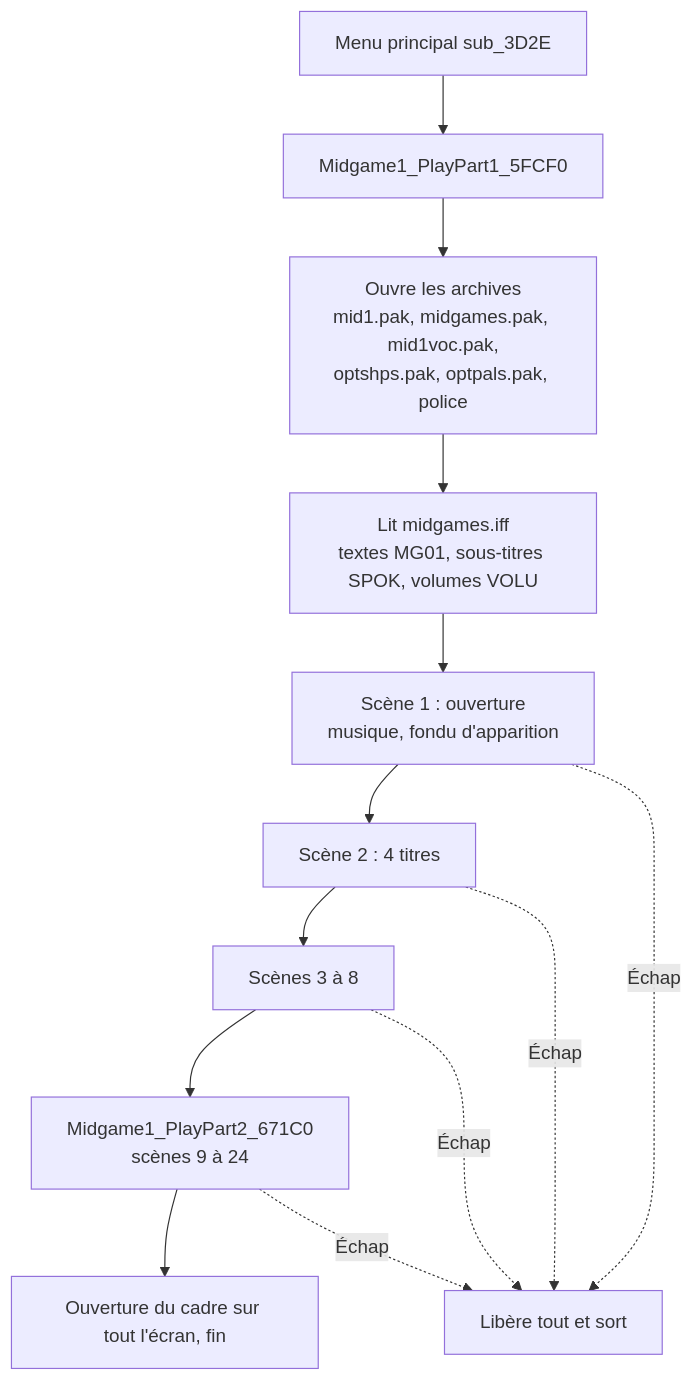
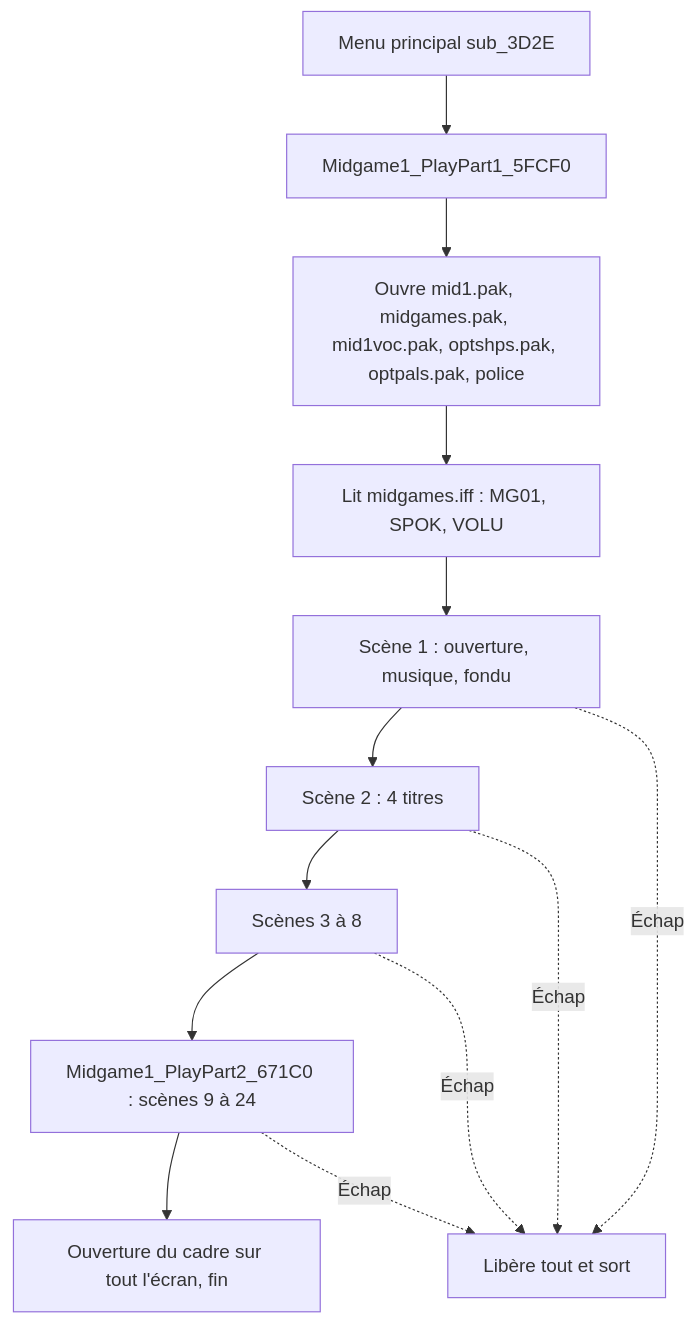
Before and after one commit to remileonard/strike_commander_re: the first of 3 diagrams in analysis/MIDGAME_SYSTEM.md, drawn with Mermaid. The commit also changed other lines of this file, not shown here.

````diff
--- a/analysis/MIDGAME_SYSTEM.md
+++ b/analysis/MIDGAME_SYSTEM.md
@@ -45,15 +45,15 @@
 ```mermaid
 flowchart TD
     A[Menu principal sub_3D2E] --> B[Midgame1_PlayPart1_5FCF0]
-    B --> C[Ouvre les archives<br/>mid1.pak, midgames.pak, mid1voc.pak,<br/>optshps.pak, optpals.pak, police]
-    C --> D[Lit midgames.iff<br/>textes MG01, sous-titres SPOK, volumes VOLU]
-    D --> S1[Scène 1 : ouverture<br/>musique, fondu d'apparition]
+    B --> C["Ouvre mid1.pak, midgames.pak, mid1voc.pak, optshps.pak, optpals.pak, police"]
+    C --> D["Lit midgames.iff : MG01, SPOK, VOLU"]
+    D --> S1["Scène 1 : ouverture, musique, fondu"]
     S1 --> S2[Scène 2 : 4 titres]
     S2 --> S3[Scènes 3 à 8]
-    S3 --> P2[Midgame1_PlayPart2_671C0<br/>scènes 9 à 24]
+    S3 --> P2["Midgame1_PlayPart2_671C0 : scènes 9 à 24"]
     P2 --> F[Ouverture du cadre sur tout l'écran, fin]
     S1 -. Échap .-> X[Libère tout et sort]
     S2 -. Échap .-> X
     S3 -. Échap .-> X
     P2 -. Échap .-> X
 ```
````
